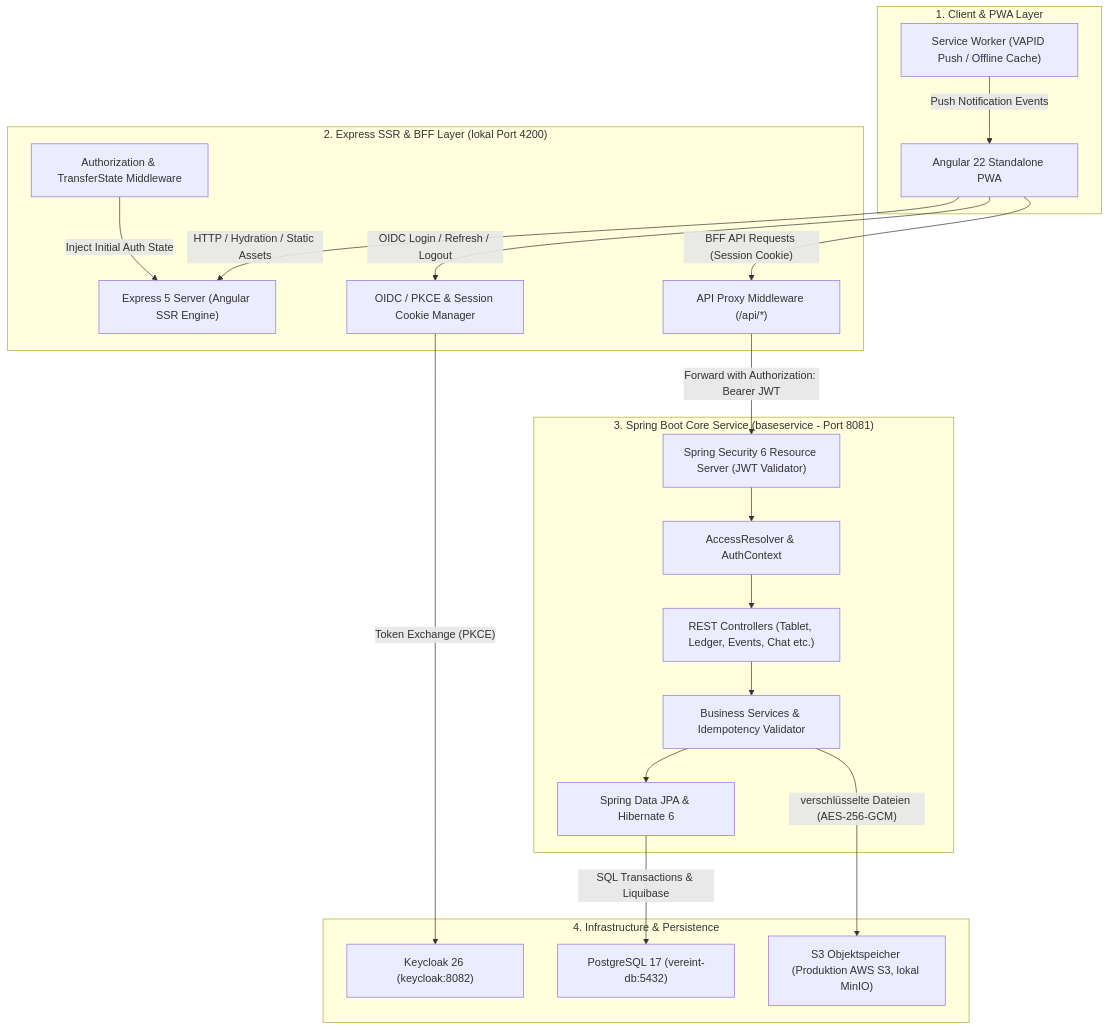
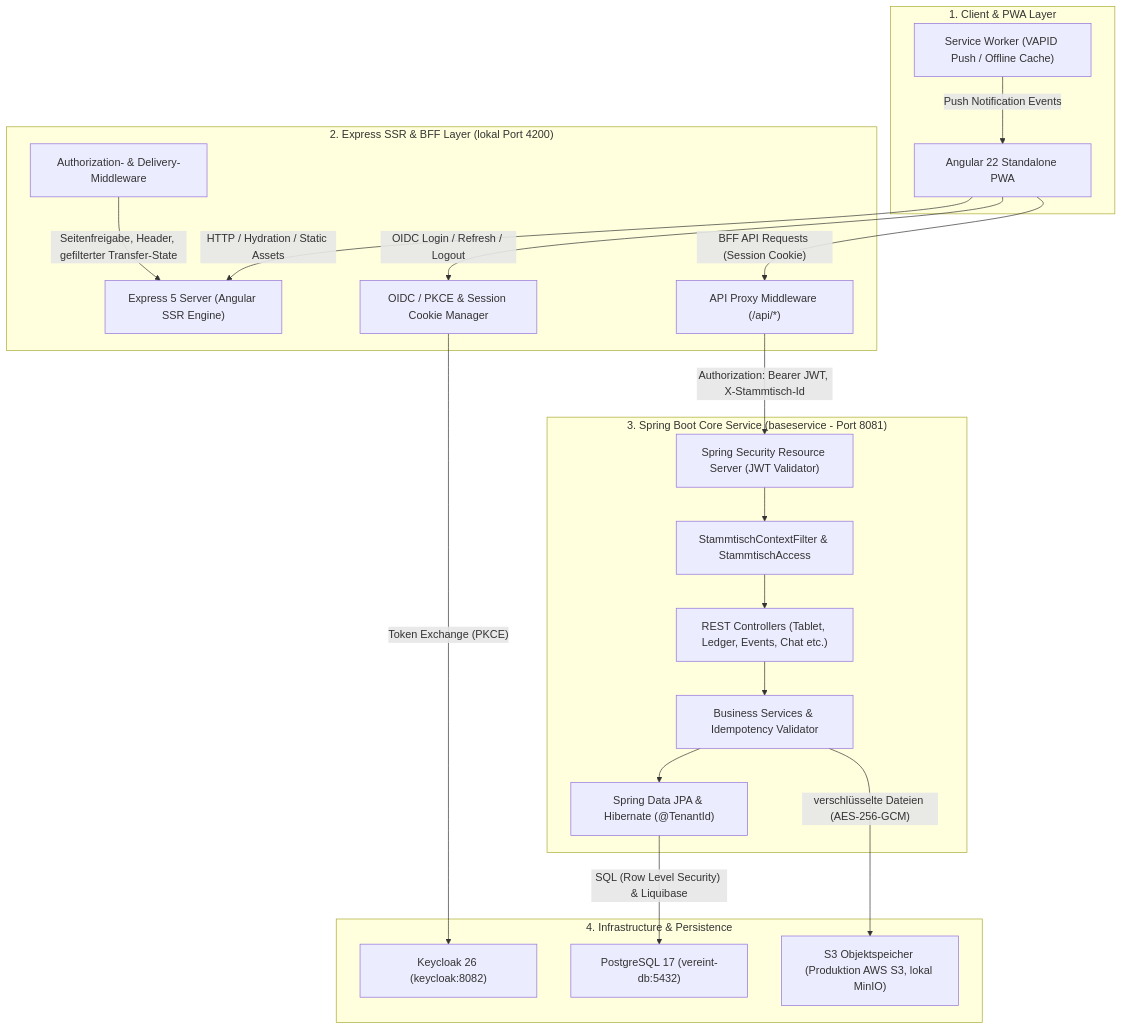
Before and after one commit to damaurer/vereint: the first of 2 diagrams in docs/architecture/system-overview.md, drawn with Mermaid. The commit also changed other lines of this file and 90 other files, not shown here.

````diff
--- a/docs/architecture/system-overview.md
+++ b/docs/architecture/system-overview.md
@@ -11,44 +11,44 @@
 ```mermaid
 graph TD
     subgraph ClientLayer ["1. Client & PWA Layer"]
         Browser["Angular 22 Standalone PWA"]
         SW["Service Worker (VAPID Push / Offline Cache)"]
     end
 
     subgraph BFFLayer ["2. Express SSR & BFF Layer (lokal Port 4200)"]
         SSR["Express 5 Server (Angular SSR Engine)"]
         AuthBFF["OIDC / PKCE & Session Cookie Manager"]
-        DeliveryMW["Authorization & TransferState Middleware"]
+        DeliveryMW["Authorization- & Delivery-Middleware"]
         ApiProxy["API Proxy Middleware (/api/*)"]
     end
 
     subgraph BackendLayer ["3. Spring Boot Core Service (baseservice - Port 8081)"]
-        SecFilter["Spring Security 6 Resource Server (JWT Validator)"]
-        AccessCtrl["AccessResolver & AuthContext"]
+        SecFilter["Spring Security Resource Server (JWT Validator)"]
+        AccessCtrl["StammtischContextFilter & StammtischAccess"]
         Controllers["REST Controllers (Tablet, Ledger, Events, Chat etc.)"]
         Services["Business Services & Idempotency Validator"]
-        DataLayer["Spring Data JPA & Hibernate 6"]
+        DataLayer["Spring Data JPA & Hibernate (@TenantId)"]
     end
 
     subgraph InfraLayer ["4. Infrastructure & Persistence"]
         PG["PostgreSQL 17 (vereint-db:5432)"]
         KC["Keycloak 26 (keycloak:8082)"]
         S3["S3 Objektspeicher (Produktion AWS S3, lokal MinIO)"]
     end
 
     Browser -->|HTTP / Hydration / Static Assets| SSR
     Browser -->|OIDC Login / Refresh / Logout| AuthBFF
     Browser -->|"BFF API Requests (Session Cookie)"| ApiProxy
     SW -->|Push Notification Events| Browser
 
     AuthBFF -->|"Token Exchange (PKCE)"| KC
-    DeliveryMW -->|Inject Initial Auth State| SSR
-    ApiProxy -->|Forward with Authorization: Bearer JWT| SecFilter
+    DeliveryMW -->|"Seitenfreigabe, Header, gefilterter Transfer-State"| SSR
+    ApiProxy -->|"Authorization: Bearer JWT, X-Stammtisch-Id"| SecFilter
 
     SecFilter --> AccessCtrl
     AccessCtrl --> Controllers
     Controllers --> Services
     Services --> DataLayer
-    DataLayer -->|SQL Transactions & Liquibase| PG
+    DataLayer -->|"SQL (Row Level Security) & Liquibase"| PG
     Services -->|"verschlüsselte Dateien (AES-256-GCM)"| S3
 ```
````
